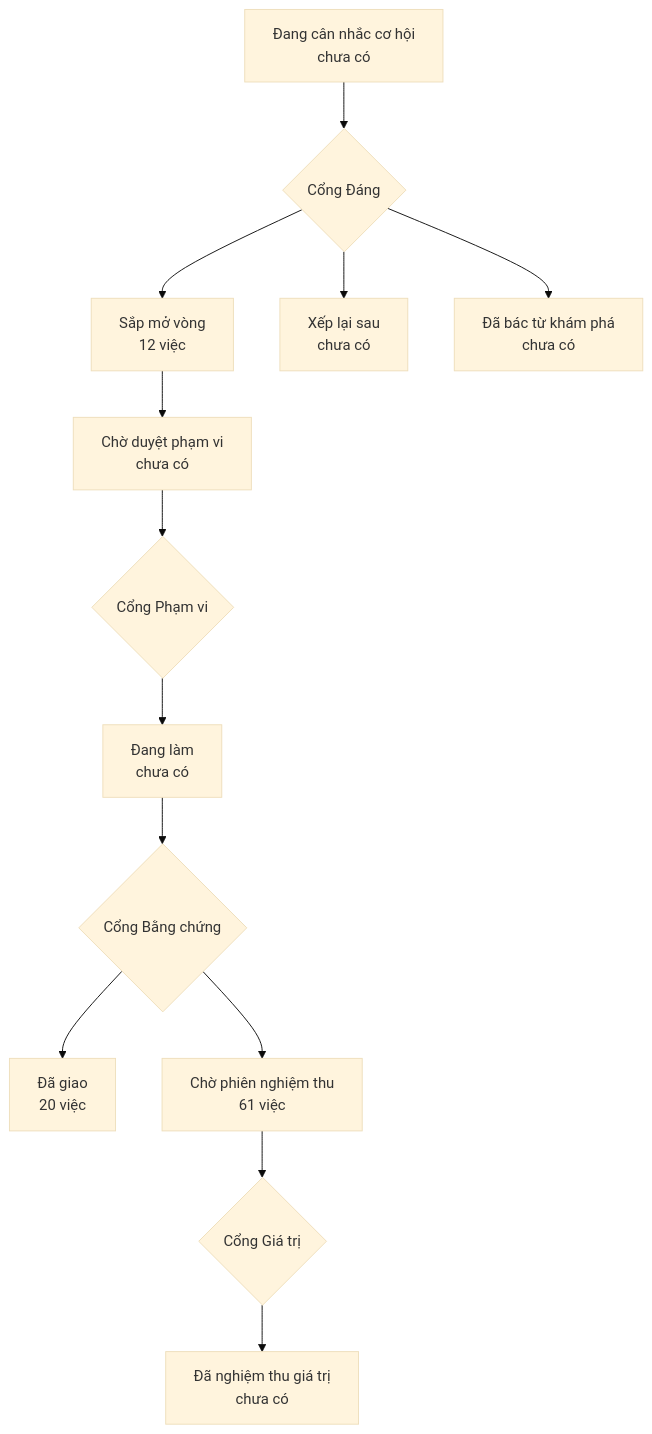
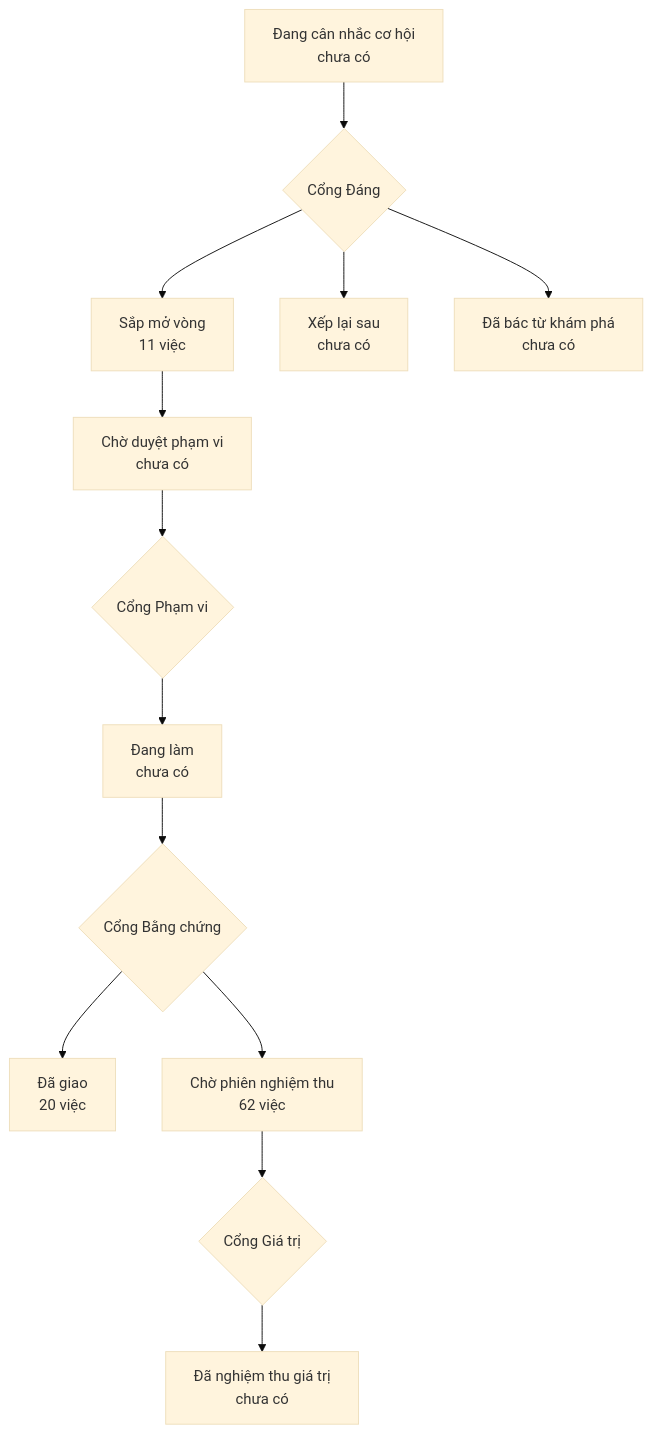
Before and after one commit to phanlemanh/onehub-quy-hang: the diagram in PRODUCT-MAP.md, drawn with Mermaid (base theme). The commit also changed 1 other file, not shown here.

Commit message:
chore: vẽ lại bản đồ sản phẩm và lộ trình sau gộp main

````diff
--- a/PRODUCT-MAP.md
+++ b/PRODUCT-MAP.md
@@ -7,12 +7,12 @@
 ```mermaid
 flowchart TD
   A["Đang cân nhắc cơ hội<br/>chưa có"] --> GD{"Cổng Đáng"}
-  GD --> B["Sắp mở vòng<br/>12 việc"]
+  GD --> B["Sắp mở vòng<br/>11 việc"]
   GD --> XL["Xếp lại sau<br/>chưa có"]
   GD --> DB["Đã bác từ khám phá<br/>chưa có"]
   B --> CD["Chờ duyệt phạm vi<br/>chưa có"] --> GP{"Cổng Phạm vi"}
   GP --> DL["Đang làm<br/>chưa có"] --> GB{"Cổng Bằng chứng"}
   GB --> DG["Đã giao<br/>20 việc"]
-  GB --> CN["Chờ phiên nghiệm thu<br/>61 việc"] --> GG{"Cổng Giá trị"}
+  GB --> CN["Chờ phiên nghiệm thu<br/>62 việc"] --> GG{"Cổng Giá trị"}
   GG --> NT["Đã nghiệm thu giá trị<br/>chưa có"]
 ```
````
